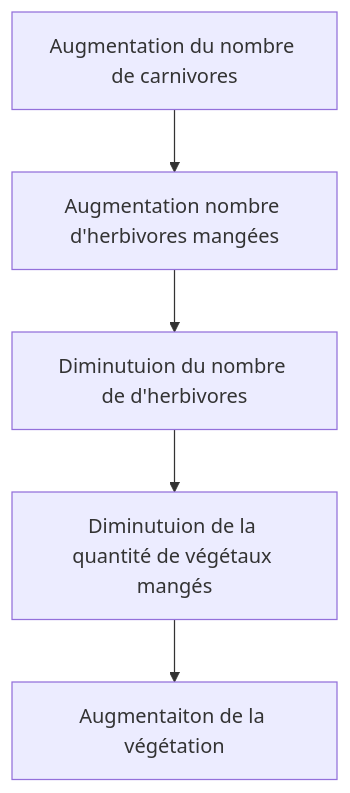
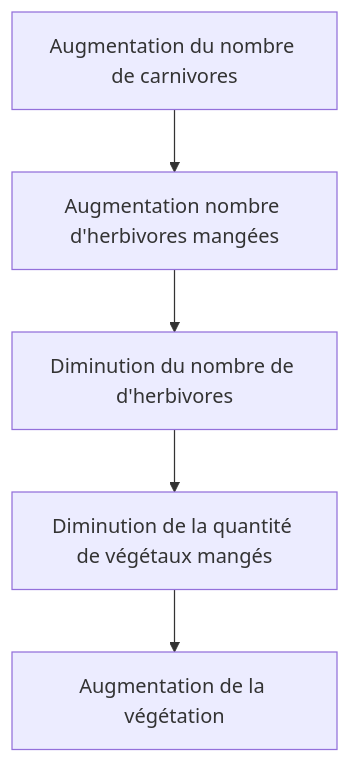
The diagram in docs/4e/systNerveux/cerveauInfos.md (dubois-svt/courssvt), drawn with Mermaid before and after one commit. The commit also changed 6 other files, not shown here.

````diff
--- a/docs/4e/systNerveux/cerveauInfos.md
+++ b/docs/4e/systNerveux/cerveauInfos.md
@@ -64,8 +64,8 @@
 ```mermaid
     flowchart TD
         A[Augmentation du nombre de carnivores] --> B[Augmentation nombre d'herbivores mangées] 
-        B --> C[Diminutuion du nombre de d'herbivores ] 
-        C --> D[Diminutuion de la quantité de végétaux mangés ]
-        D --> E[Augmentaiton de la végétation]
+        B --> C[Diminution du nombre de d'herbivores ] 
+        C --> D[Diminution de la quantité de végétaux mangés ]
+        D --> E[Augmentation de la végétation]
 
 ```
````
